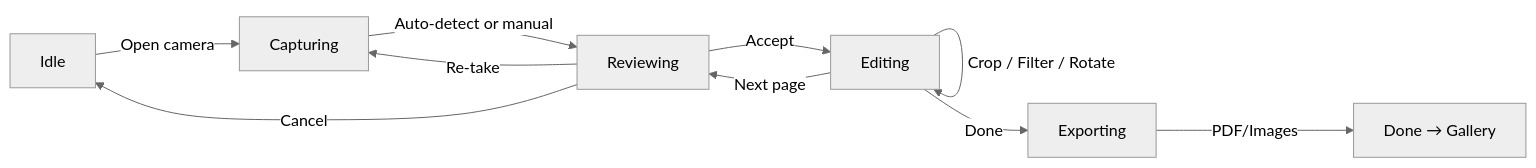
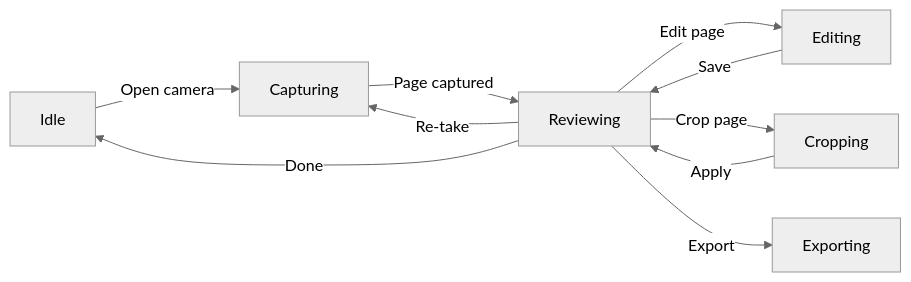
Before and after one commit to robertlane0/lens-app: the diagram in docs/implementation-plan.md, drawn with Mermaid (neutral theme). The commit also changed other lines of this file and 8 other files, not shown here.

````diff
--- a/docs/implementation-plan.md
+++ b/docs/implementation-plan.md
@@ -82,12 +39,12 @@
 ```mermaid
 flowchart LR
     A[Idle] -->|Open camera| B[Capturing]
-    B -->|Auto-detect or manual| C[Reviewing]
+    B -->|Page captured| C[Reviewing]
     C -->|Re-take| B
-    C -->|Accept| D[Editing]
-    D -->|Crop / Filter / Rotate| D
-    D -->|Next page| C
-    D -->|Done| E[Exporting]
-    E -->|PDF/Images| F[Done → Gallery]
-    C -->|Cancel| A
+    C -->|Edit page| D[Editing]
+    C -->|Crop page| E[Cropping]
+    D -->|Save| C
+    E -->|Apply| C
+    C -->|Export| F[Exporting]
+    C -->|Done| A
 ```
````
